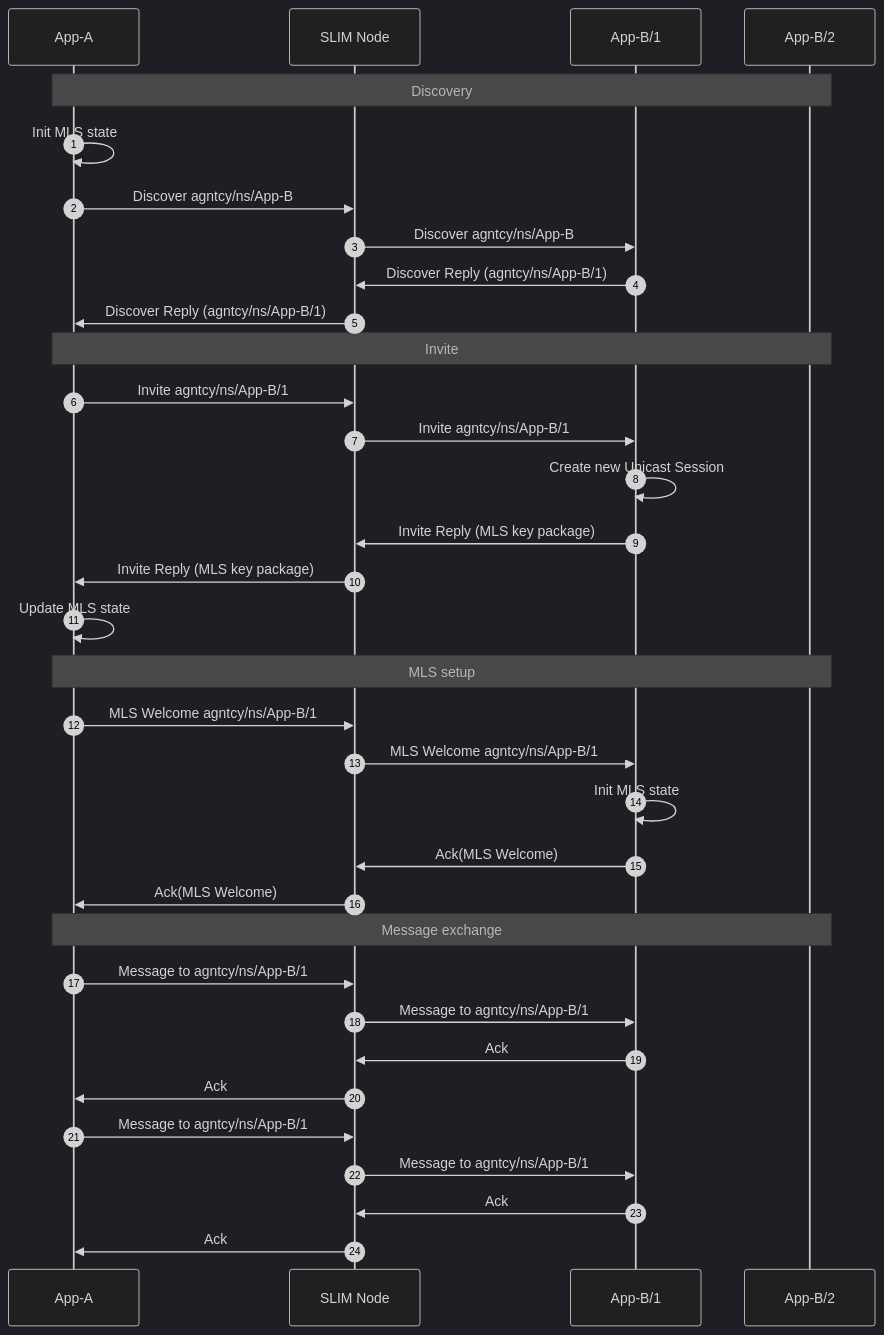
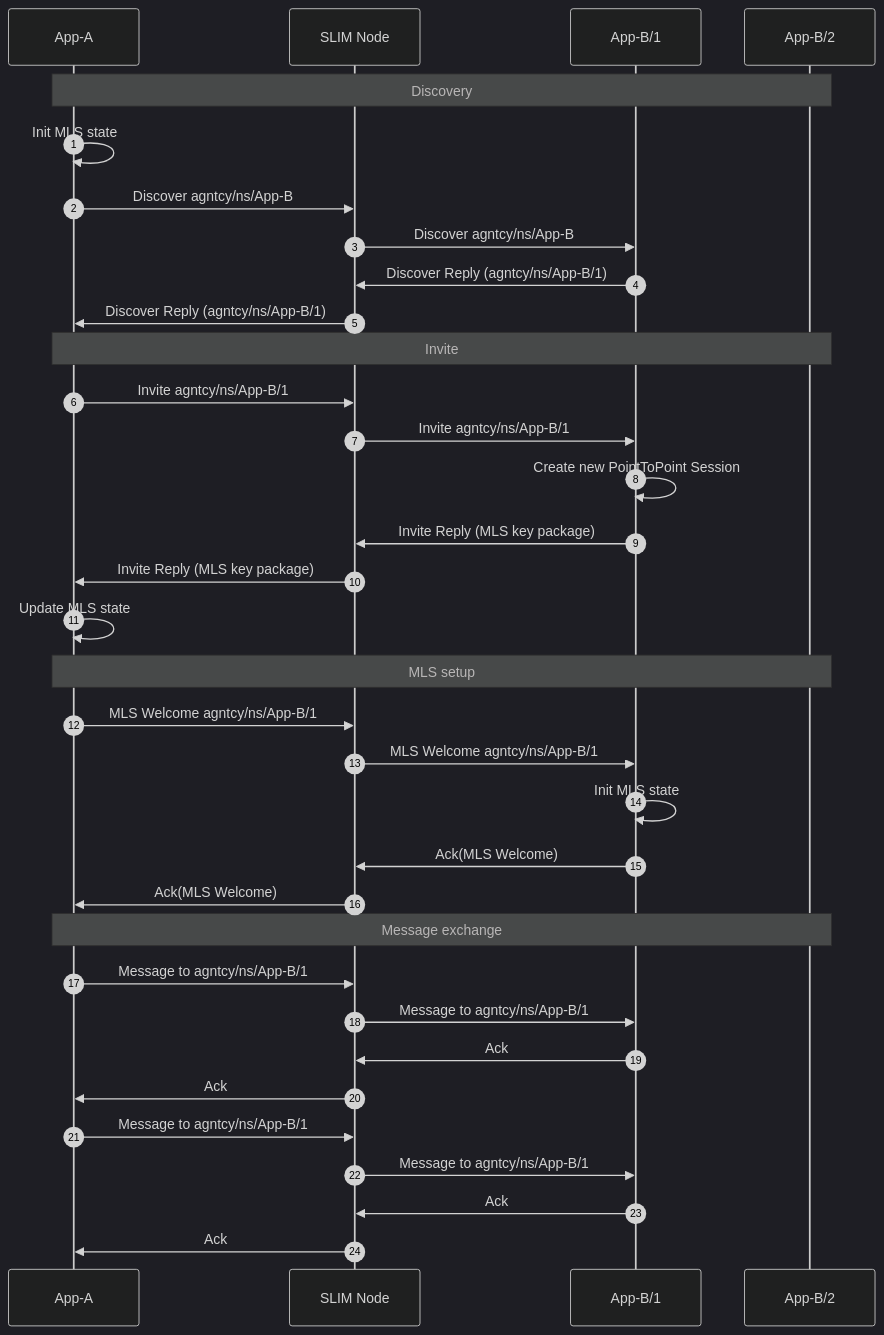
Before and after one commit to agntcy/slim: the first of 3 diagrams in data-plane/python/bindings/SESSION.md, drawn with Mermaid (dark theme). The commit also changed other lines of this file and 25 other files, not shown here.

First line of the commit message:
refactor(python/bindings): remove anycast session and rename unicast and multicast (#795)

````diff
--- a/data-plane/python/bindings/SESSION.md
+++ b/data-plane/python/bindings/SESSION.md
@@ -150,42 +46,42 @@
 ```mermaid
 sequenceDiagram
     autonumber
 
     participant App-A
     participant SLIM Node
     participant App-B/1
     participant App-B/2
 
     Note over App-A,App-B/2: Discovery
     App-A->>App-A: Init MLS state
     App-A->>SLIM Node: Discover agntcy/ns/App-B
     SLIM Node->>App-B/1: Discover agntcy/ns/App-B
     App-B/1->>SLIM Node: Discover Reply (agntcy/ns/App-B/1)
     SLIM Node->>App-A: Discover Reply (agntcy/ns/App-B/1)
 
     Note over App-A,App-B/2: Invite
     App-A->>SLIM Node: Invite agntcy/ns/App-B/1
     SLIM Node->>App-B/1: Invite agntcy/ns/App-B/1
-    App-B/1->>App-B/1: Create new Unicast Session
+    App-B/1->>App-B/1: Create new PointToPoint Session
     App-B/1->>SLIM Node: Invite Reply (MLS key package)
     SLIM Node->>App-A: Invite Reply (MLS key package)
     App-A->>App-A: Update MLS state
 
     Note over App-A,App-B/2: MLS setup
     App-A->>SLIM Node: MLS Welcome agntcy/ns/App-B/1
     SLIM Node->>App-B/1: MLS Welcome agntcy/ns/App-B/1
     App-B/1->>App-B/1: Init MLS state
     App-B/1->>SLIM Node: Ack(MLS Welcome)
     SLIM Node->>App-A: Ack(MLS Welcome)
 
     Note over App-A,App-B/2: Message exchange
     App-A->>SLIM Node: Message to agntcy/ns/App-B/1
     SLIM Node->>App-B/1: Message to agntcy/ns/App-B/1
     App-B/1->>SLIM Node: Ack
     SLIM Node->>App-A: Ack
 
     App-A->>SLIM Node: Message to agntcy/ns/App-B/1
     SLIM Node->>App-B/1: Message to agntcy/ns/App-B/1
     App-B/1->>SLIM Node: Ack
     SLIM Node->>App-A: Ack
 ```
````
